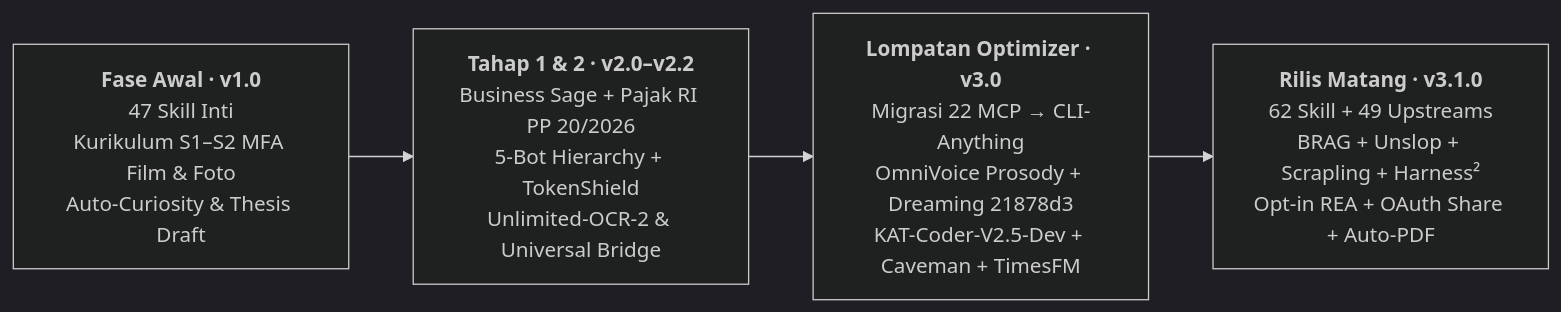
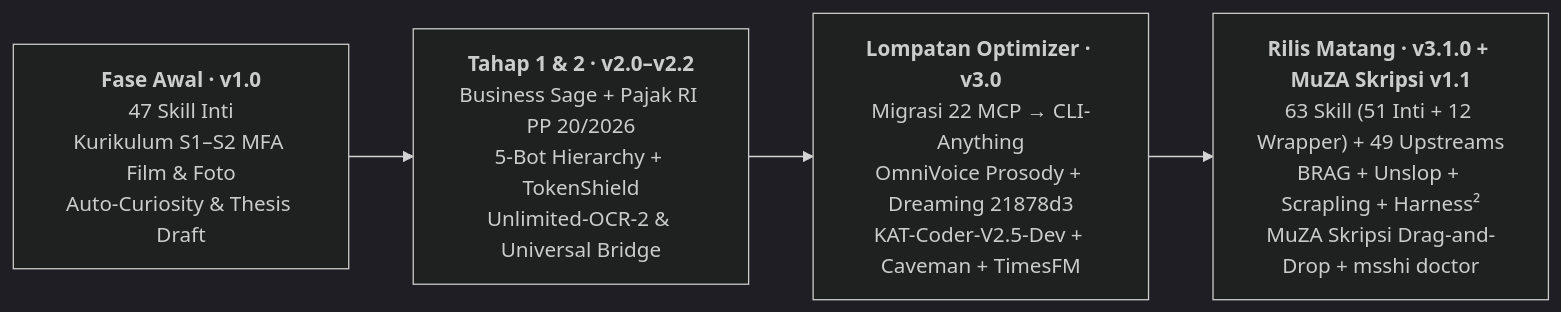
The second of 2 diagrams in README.md (zidanaisar624/MSSHI-Mega-Semar-Sang-Hyang-Ismaya), drawn with Mermaid (dark theme) before and after one commit. The commit also changed other lines of this file and 49 other files, not shown here.

Commit message:
feat(v3.1.0): integrate MuZA Skripsi Starter v1.1 (skill #63), drag-and-drop CLI, doctor, notebooks, visuals & updated README

````diff
--- a/README.md
+++ b/README.md
@@ -55,6 +80,6 @@
 ```mermaid
 flowchart LR
     V1["<b>Fase Awal · v1.0</b><br/>47 Skill Inti<br/>Kurikulum S1–S2 MFA Film &amp; Foto<br/>Auto-Curiosity &amp; Thesis Draft"] --> V2["<b>Tahap 1 &amp; 2 · v2.0–v2.2</b><br/>Business Sage + Pajak RI PP 20/2026<br/>5-Bot Hierarchy + TokenShield<br/>Unlimited-OCR-2 &amp; Universal Bridge"]
     V2 --> V3["<b>Lompatan Optimizer · v3.0</b><br/>Migrasi 22 MCP &rarr; CLI-Anything<br/>OmniVoice Prosody + Dreaming 21878d3<br/>KAT-Coder-V2.5-Dev + Caveman + TimesFM"]
-    V3 --> V31["<b>Rilis Matang · v3.1.0</b><br/>62 Skill + 49 Upstreams<br/>BRAG + Unslop + Scrapling + Harness²<br/>Opt-in REA + OAuth Share + Auto-PDF"]
+    V3 --> V31["<b>Rilis Matang · v3.1.0 + MuZA Skripsi v1.1</b><br/>63 Skill (51 Inti + 12 Wrapper) + 49 Upstreams<br/>BRAG + Unslop + Scrapling + Harness²<br/>MuZA Skripsi Drag-and-Drop + msshi doctor"]
 ```
````
